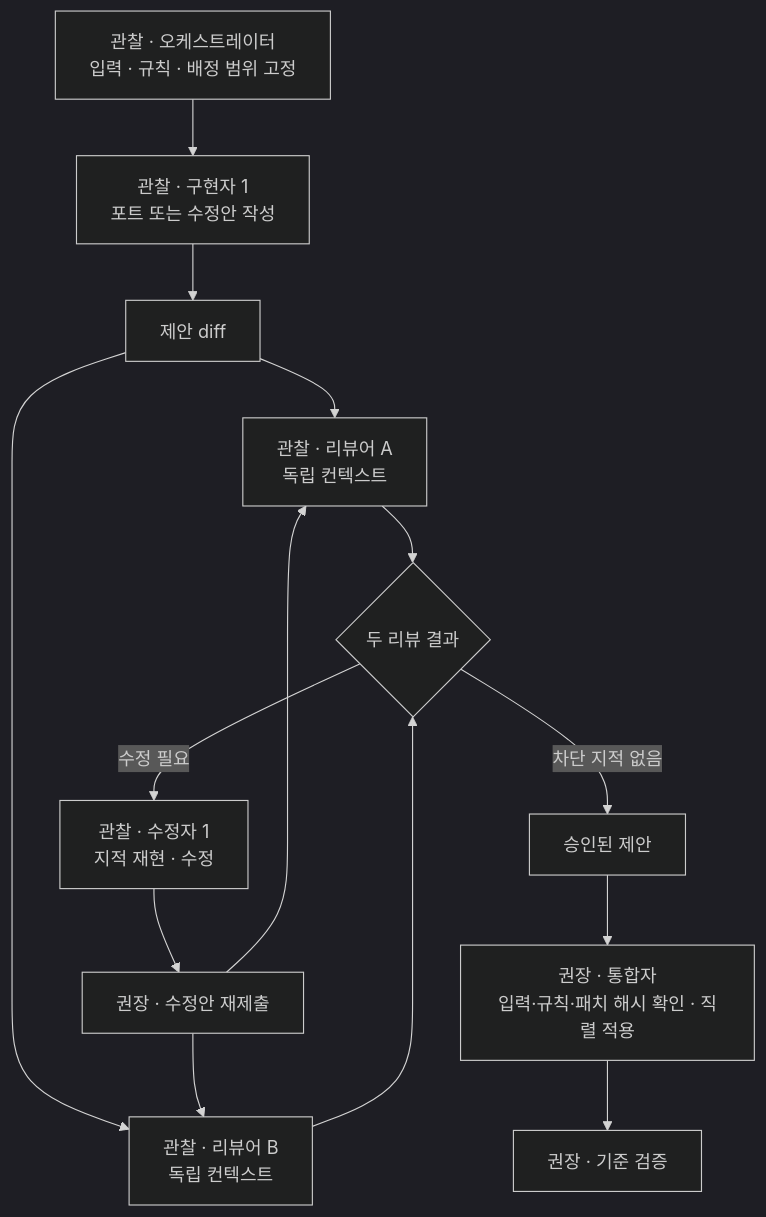
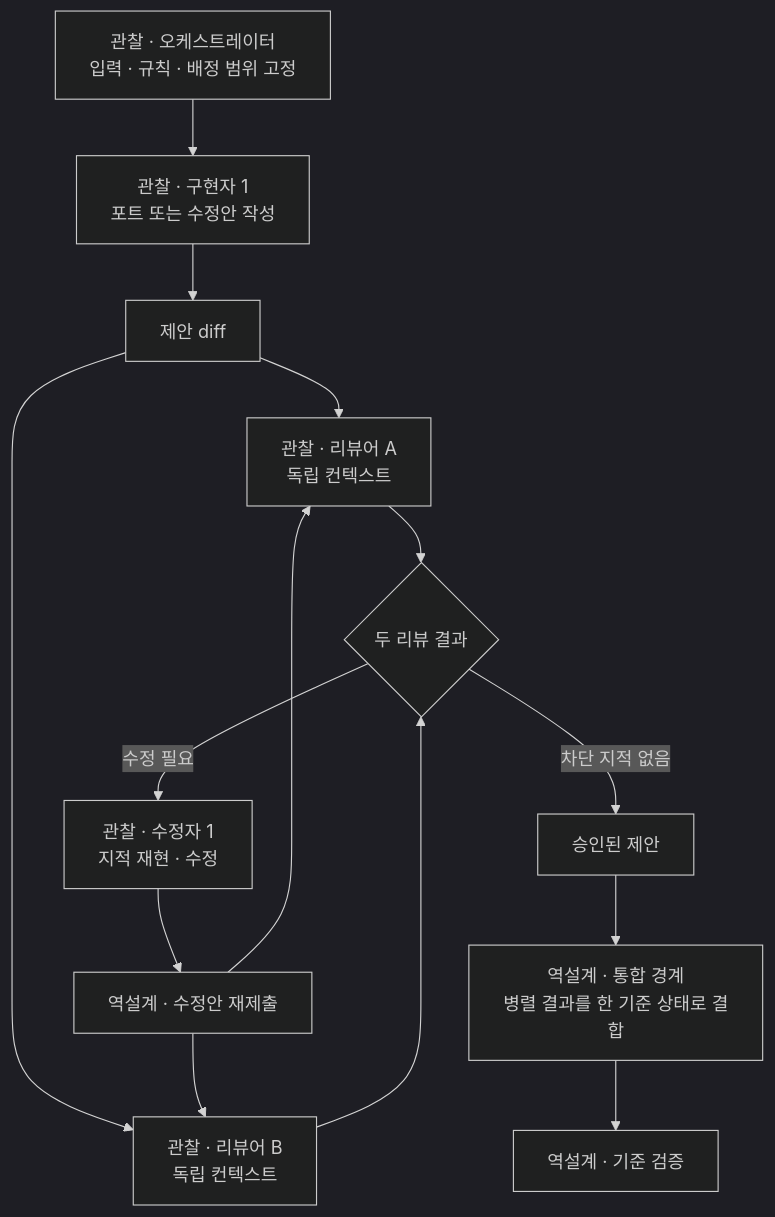
Before and after one commit to kimchanhyung98/agentic-workflows: the second of 6 diagrams in bun-rust/00-diagram.md, drawn with Mermaid (dark theme). The commit also changed other lines of this file and 4 other files, not shown here.

````diff
--- a/bun-rust/00-diagram.md
+++ b/bun-rust/00-diagram.md
@@ -39,16 +37,16 @@
 ```mermaid
 flowchart TD
     O["관찰 · 오케스트레이터<br/>입력 · 규칙 · 배정 범위 고정"] --> I["관찰 · 구현자 1<br/>포트 또는 수정안 작성"]
     I --> P["제안 diff"]
     P --> R1["관찰 · 리뷰어 A<br/>독립 컨텍스트"]
     P --> R2["관찰 · 리뷰어 B<br/>독립 컨텍스트"]
     R1 --> V{"두 리뷰 결과"}
     R2 --> V
     V -- "수정 필요" --> F["관찰 · 수정자 1<br/>지적 재현 · 수정"]
-    F --> P2["권장 · 수정안 재제출"]
+    F --> P2["역설계 · 수정안 재제출"]
     P2 --> R1
     P2 --> R2
     V -- "차단 지적 없음" --> C["승인된 제안"]
-    C --> G["권장 · 통합자<br/>입력·규칙·패치 해시 확인 · 직렬 적용"]
-    G --> A["권장 · 기준 검증"]
+    C --> G["역설계 · 통합 경계<br/>병렬 결과를 한 기준 상태로 결합"]
+    G --> A["역설계 · 기준 검증"]
 ```
````
